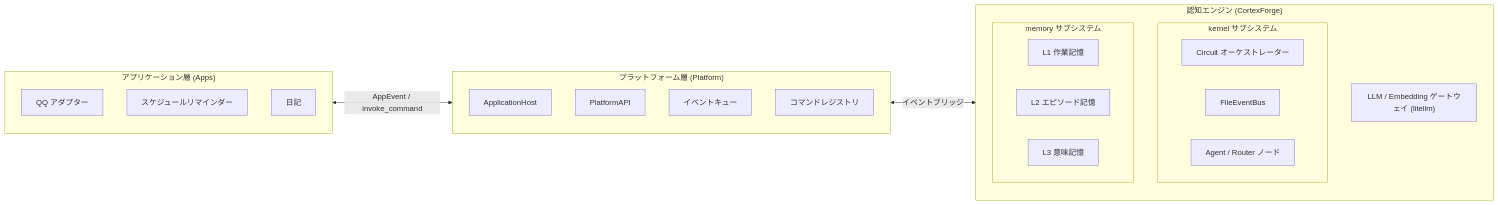
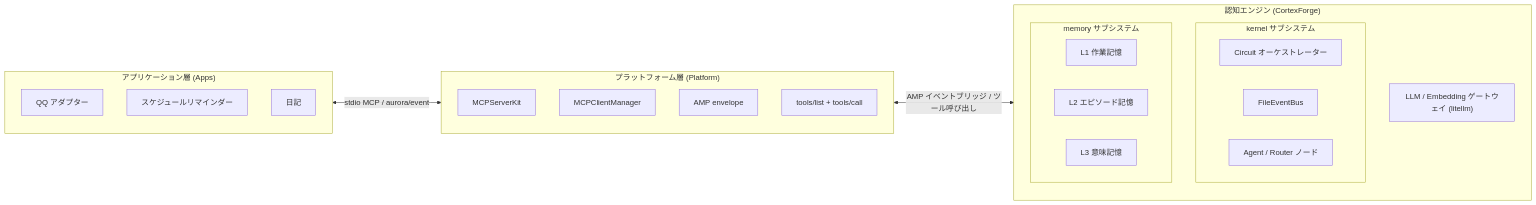
One commit to AuroraBot-Dev/AuroraBot changed the diagram in README.ja.md. Above: the diagram before and after it, drawn with Mermaid. The commit also changed other lines of this file and 33 other files, not shown here.

````diff
--- a/README.ja.md
+++ b/README.ja.md
@@ -42,36 +42,36 @@
 ```mermaid
 flowchart LR
     subgraph APPS["アプリケーション層 (Apps)"]
         direction TB
         QQ["QQ アダプター"]
         ALARM["スケジュールリマインダー"]
         DIARY["日記"]
     end
 
     subgraph PLATFORM["プラットフォーム層 (Platform)"]
         direction TB
-        HOST["ApplicationHost"]
-        API["PlatformAPI"]
-        EVENTS["イベントキュー"]
-        CMDS["コマンドレジストリ"]
+        KIT["MCPServerKit"]
+        CLIENT["MCPClientManager"]
+        AMP["AMP envelope"]
+        TOOLS["tools/list + tools/call"]
     end
 
     subgraph BRAIN["認知エンジン (CortexForge)"]
         subgraph KERNEL["kernel サブシステム"]
             direction LR
             CIRCUIT["Circuit オーケストレーター"]
             BUS["FileEventBus"]
             NODES["Agent / Router ノード"]
         end
         subgraph MEMORY["memory サブシステム"]
             direction LR
             L1["L1 作業記憶"]
             L2["L2 エピソード記憶"]
             L3["L3 意味記憶"]
         end
         GATEWAY["LLM / Embedding ゲートウェイ (litellm)"]
     end
 
-    APPS <-->|"AppEvent / invoke_command"| PLATFORM
-    PLATFORM <-->|"イベントブリッジ"| BRAIN
+    APPS <-->|"stdio MCP / aurora/event"| PLATFORM
+    PLATFORM <-->|"AMP イベントブリッジ / ツール呼び出し"| BRAIN
 ```
````
